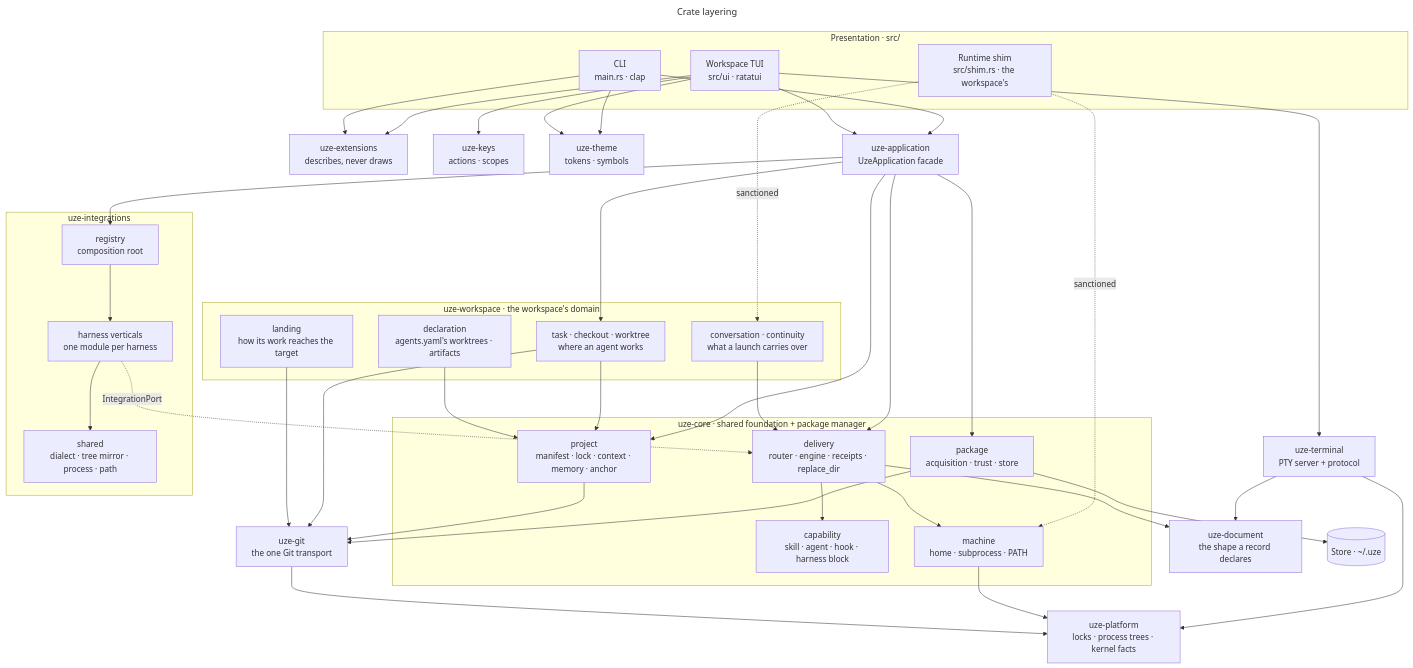
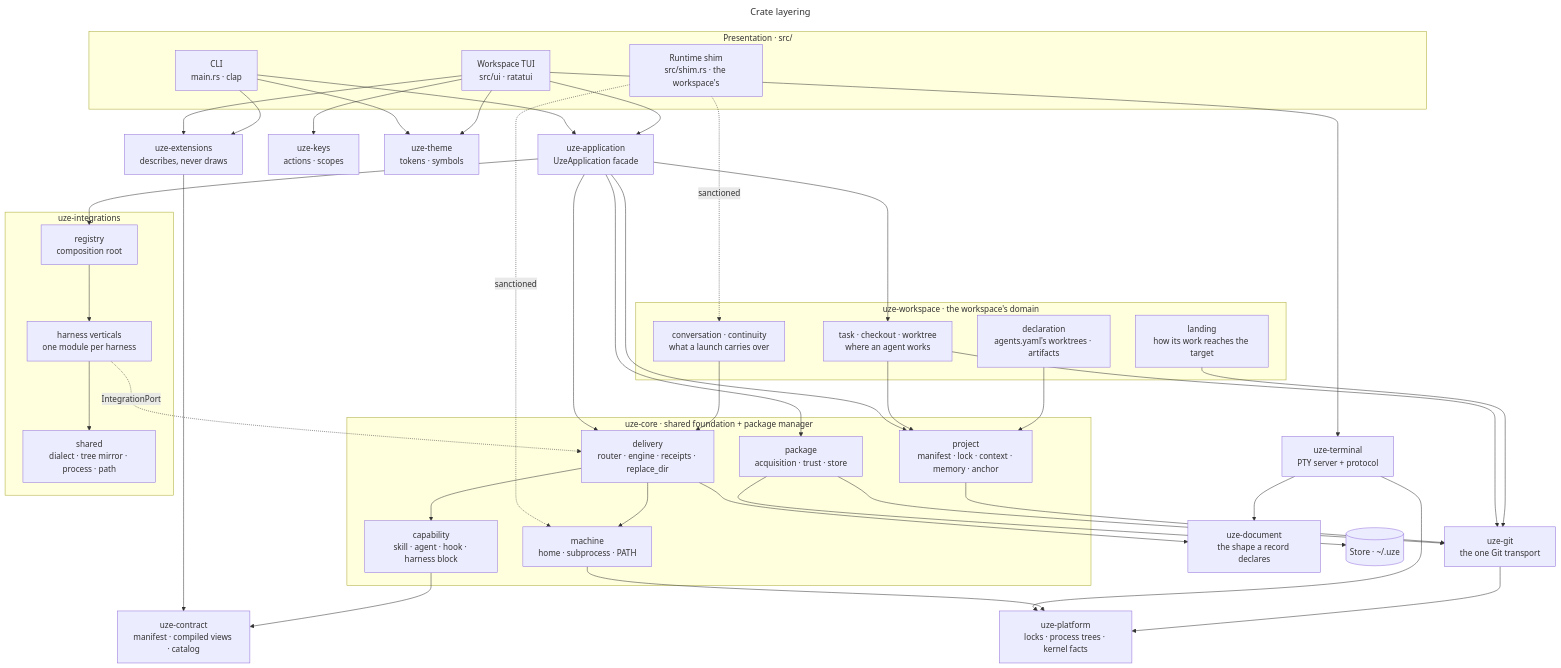
Before and after one commit to uze-sh/uze: the diagram in docs/architecture/crate-layering.mmd, drawn with Mermaid. The commit also changed 26 other files, not shown here.

First line of the commit message:
feat(extensions): add the extension contract crate and the tree catalog

```diff
--- a/docs/architecture/crate-layering.mmd
+++ b/docs/architecture/crate-layering.mmd
@@ -1,70 +1,73 @@
 ---
 title: Crate layering
 ---
 flowchart TD
   subgraph presentation [Presentation · src/]
     cli[CLI<br/>main.rs · clap]
     tui[Workspace TUI<br/>src/ui · ratatui]
     shim[Runtime shim<br/>src/shim.rs · the workspace's]
   end
   ext[uze-extensions<br/>describes, never draws]
+  contract[uze-contract<br/>manifest · compiled views · catalog]
   keys[uze-keys<br/>actions · scopes]
   theme[uze-theme<br/>tokens · symbols]
   terminal[uze-terminal<br/>PTY server + protocol]
   app[uze-application<br/>UzeApplication facade]
   subgraph ws [uze-workspace · the workspace's domain]
     tasks[task · checkout · worktree<br/>where an agent works]
     landing[landing<br/>how its work reaches the target]
     conversation[conversation · continuity<br/>what a launch carries over]
     declaration[declaration<br/>agents.yaml's worktrees · artifacts]
   end
   subgraph core [uze-core · shared foundation + package manager]
     package[package<br/>acquisition · trust · store]
     capability[capability<br/>skill · agent · hook · harness block]
     delivery[delivery<br/>router · engine · receipts · replace_dir]
     project[project<br/>manifest · lock · context · memory · anchor]
     machine[machine<br/>home · subprocess · PATH]
   end
   subgraph integrations [uze-integrations]
     registry[registry<br/>composition root]
     verticals[harness verticals<br/>one module per harness]
     shared[shared<br/>dialect · tree mirror · process · path]
   end
   git[uze-git<br/>the one Git transport]
   document[uze-document<br/>the shape a record declares]
   process[uze-platform<br/>locks · process trees · kernel facts]
   store[(Store · ~/.uze)]
 
   cli --> app
   tui --> app
   tui --> ext
+  ext --> contract
+  capability --> contract
   cli --> ext
   tui --> keys
   tui --> terminal
   cli --> theme
   tui --> theme
   shim -.->|sanctioned| machine
   app --> package
   app --> delivery
   app --> project
   app --> registry
   app --> tasks
   tasks --> project
   tasks --> git
   landing --> git
   declaration --> project
   conversation --> delivery
   shim -.->|sanctioned| conversation
   registry --> verticals
   verticals --> shared
   verticals -.->|IntegrationPort| delivery
   delivery --> capability
   delivery --> machine
   package --> git
   project --> git
   package --> store
   delivery --> document
   terminal --> document
   terminal --> process
   machine --> process
   git --> process
```
